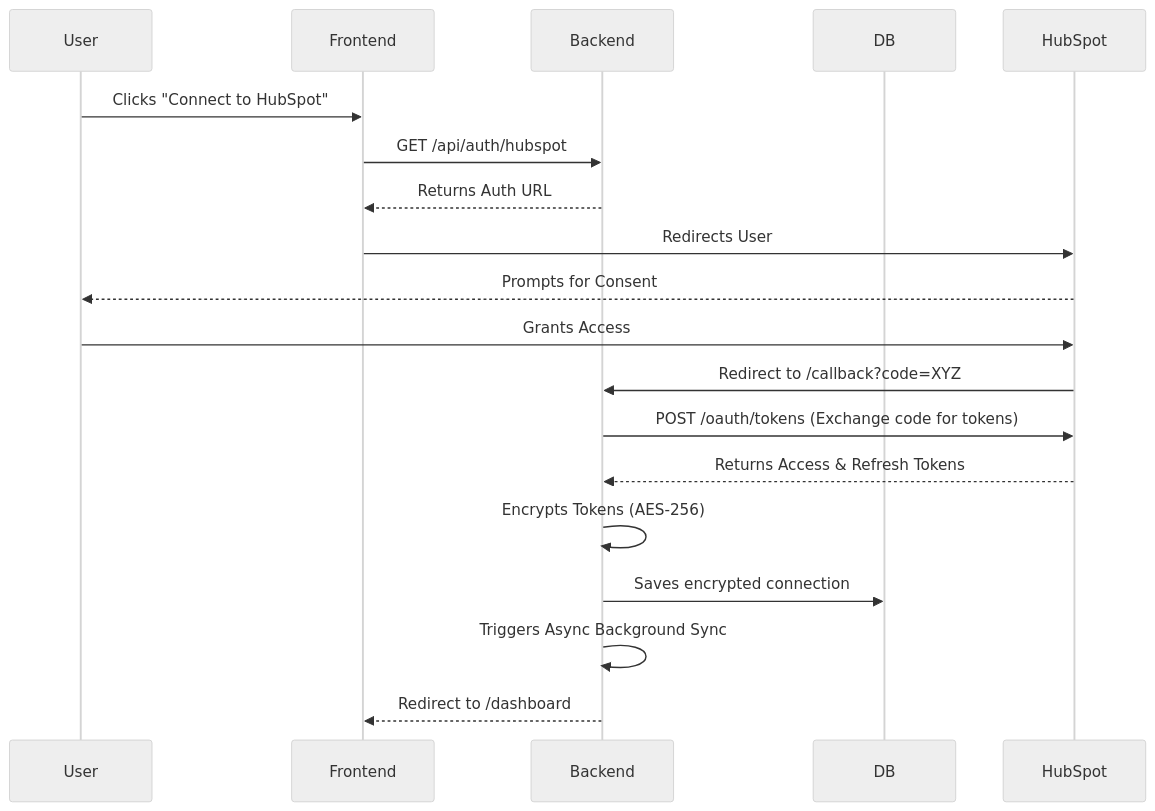
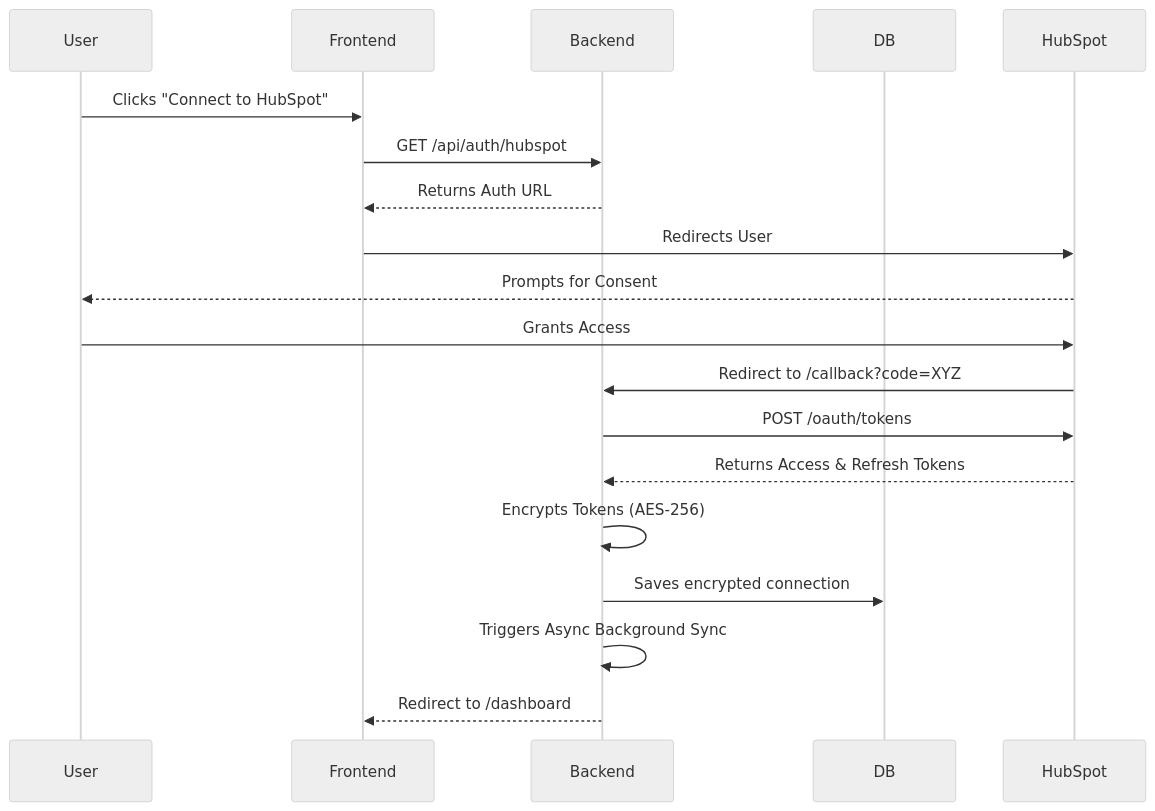
The diagram in docs/2-oauth-implementation.md (Vishal34sd/Contact-Logger), drawn with Mermaid (neutral theme) before and after one commit. The commit also changed other lines of this file and 15 other files, not shown here.

````diff
--- a/docs/2-oauth-implementation.md
+++ b/docs/2-oauth-implementation.md
@@ -33,22 +32,22 @@
 ```mermaid
 sequenceDiagram
     participant User
     participant Frontend
     participant Backend
     participant DB
     participant HubSpot
     
     User->>Frontend: Clicks "Connect to HubSpot"
     Frontend->>Backend: GET /api/auth/hubspot
     Backend-->>Frontend: Returns Auth URL
     Frontend->>HubSpot: Redirects User
     HubSpot-->>User: Prompts for Consent
     User->>HubSpot: Grants Access
     HubSpot->>Backend: Redirect to /callback?code=XYZ
-    Backend->>HubSpot: POST /oauth/tokens (Exchange code for tokens)
+    Backend->>HubSpot: POST /oauth/tokens
     HubSpot-->>Backend: Returns Access & Refresh Tokens
     Backend->>Backend: Encrypts Tokens (AES-256)
     Backend->>DB: Saves encrypted connection
     Backend->>Backend: Triggers Async Background Sync
     Backend-->>Frontend: Redirect to /dashboard
 ```
````
